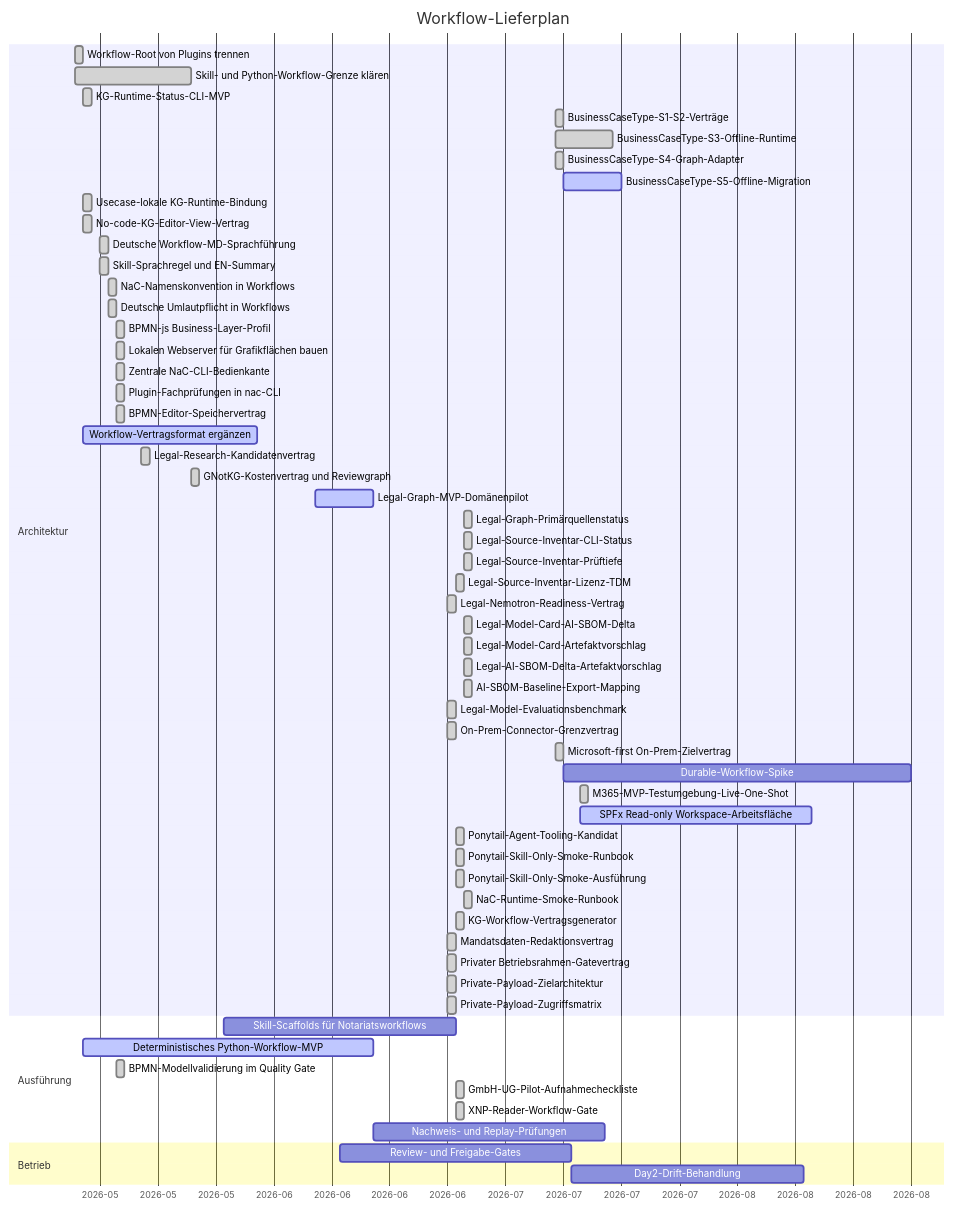
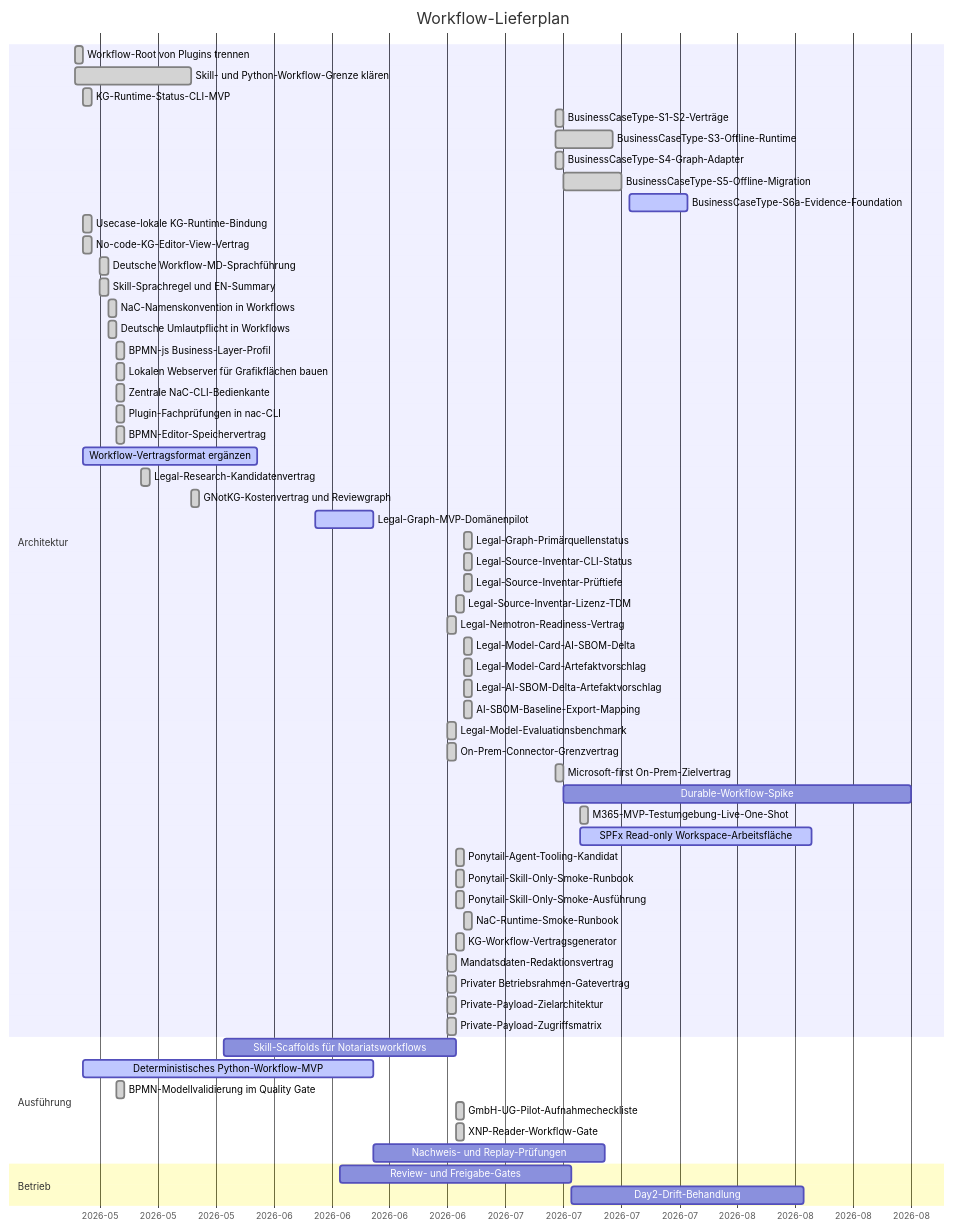
The diagram in workflows/GANTT.md (notariat8/NaC), drawn with Mermaid before and after one commit. The commit also changed 26 other files, not shown here.

Commit message:
feat(runtime): add immutable evidence foundation

````diff
--- a/workflows/GANTT.md
+++ b/workflows/GANTT.md
@@ -5,66 +5,67 @@
 ```mermaid
 gantt
     title Workflow-Lieferplan
     dateFormat  YYYY-MM-DD
     axisFormat  %Y-%m
 
     section Architektur
     Workflow-Root von Plugins trennen          :done,   w1, 2026-05-14, 1d
     Skill- und Python-Workflow-Grenze klären  :done,   w2, 2026-05-14, 14d
     KG-Runtime-Status-CLI-MVP                  :done,   w3, 2026-05-15, 1d
     BusinessCaseType-S1-S2-Verträge            :done,   w3b, 2026-07-11, 1d
     BusinessCaseType-S3-Offline-Runtime         :done,   w3c, 2026-07-11, 7d
     BusinessCaseType-S4-Graph-Adapter           :done,   w3d, 2026-07-11, 1d
-    BusinessCaseType-S5-Offline-Migration      :active, w3e, 2026-07-12, 7d
+    BusinessCaseType-S5-Offline-Migration      :done,   w3e, 2026-07-12, 7d
+    BusinessCaseType-S6a-Evidence-Foundation    :active, w3f, 2026-07-20, 7d
     Usecase-lokale KG-Runtime-Bindung          :done,   w3a, 2026-05-15, 1d
     No-code-KG-Editor-View-Vertrag             :done,   w4a, 2026-05-15, 1d
     Deutsche Workflow-MD-Sprachführung        :done,   w4b, 2026-05-17, 1d
     Skill-Sprachregel und EN-Summary            :done,   w4c, 2026-05-17, 1d
     NaC-Namenskonvention in Workflows           :done,   w4d, 2026-05-18, 1d
     Deutsche Umlautpflicht in Workflows         :done,   w4e, 2026-05-18, 1d
     BPMN-js Business-Layer-Profil               :done,   w4f, 2026-05-19, 1d
     Lokalen Webserver für Grafikflächen bauen  :done,   w4g, 2026-05-19, 1d
     Zentrale NaC-CLI-Bedienkante                :done,   w4h, 2026-05-19, 1d
     Plugin-Fachprüfungen in nac-CLI             :done,   w4i, 2026-05-19, 1d
     BPMN-Editor-Speichervertrag                 :done,   w4j, 2026-05-19, 1d
     Workflow-Vertragsformat ergänzen          :active, w4, 2026-05-15, 21d
     Legal-Research-Kandidatenvertrag           :done,   w4k, 2026-05-22, 1d
     GNotKG-Kostenvertrag und Reviewgraph        :done,   w4l, 2026-05-28, 1d
     Legal-Graph-MVP-Domänenpilot              :active, w4m, 2026-06-12, 7d
     Legal-Graph-Primärquellenstatus            :done,   w4z, 2026-06-30, 1d
     Legal-Source-Inventar-CLI-Status           :done,   w4aa, 2026-06-30, 1d
     Legal-Source-Inventar-Prüftiefe            :done,   w4af, 2026-06-30, 1d
     Legal-Source-Inventar-Lizenz-TDM           :done,   w4u, 2026-06-29, 1d
     Legal-Nemotron-Readiness-Vertrag            :done,   w4s, 2026-06-28, 1d
     Legal-Model-Card-AI-SBOM-Delta             :done,   w4ab, 2026-06-30, 1d
     Legal-Model-Card-Artefaktvorschlag         :done,   w4ac, 2026-06-30, 1d
     Legal-AI-SBOM-Delta-Artefaktvorschlag      :done,   w4ad, 2026-06-30, 1d
     AI-SBOM-Baseline-Export-Mapping            :done,   w4ae, 2026-06-30, 1d
     Legal-Model-Evaluationsbenchmark           :done,   w4t, 2026-06-28, 1d
     On-Prem-Connector-Grenzvertrag            :done,   w4n, 2026-06-28, 1d
     Microsoft-first On-Prem-Zielvertrag          :done,   w4ah, 2026-07-11, 1d
     Durable-Workflow-Spike                       :        w4ai, after w4ah, 42d
     M365-MVP-Testumgebung-Live-One-Shot          :done,   w4aj, 2026-07-14, 1d
     SPFx Read-only Workspace-Arbeitsfläche       :active, w4ak, 2026-07-14, 28d
     Ponytail-Agent-Tooling-Kandidat            :done,   w4v, 2026-06-29, 1d
     Ponytail-Skill-Only-Smoke-Runbook          :done,   w4w, 2026-06-29, 1d
     Ponytail-Skill-Only-Smoke-Ausführung       :done,   w4x, 2026-06-29, 1d
     NaC-Runtime-Smoke-Runbook                  :done,   w4ag, 2026-06-30, 1d
     KG-Workflow-Vertragsgenerator              :done,   w4y, 2026-06-29, 1d
     Mandatsdaten-Redaktionsvertrag             :done,   w4o, 2026-06-28, 1d
     Privater Betriebsrahmen-Gatevertrag        :done,   w4p, 2026-06-28, 1d
     Private-Payload-Zielarchitektur            :done,   w4q, 2026-06-28, 1d
     Private-Payload-Zugriffsmatrix             :done,   w4r, 2026-06-28, 1d
 
     section Ausführung
     Skill-Scaffolds für Notariatsworkflows    :        w5, 2026-06-01, 28d
     Deterministisches Python-Workflow-MVP      :active, w6, 2026-05-15, 35d
     BPMN-Modellvalidierung im Quality Gate      :done,   w6a, 2026-05-19, 1d
     GmbH-UG-Pilot-Aufnahmecheckliste           :done,   w6b, 2026-06-29, 1d
     XNP-Reader-Workflow-Gate                   :done,   w6c, 2026-06-29, 1d
     Nachweis- und Replay-Prüfungen            :        w7, after w6, 28d
 
     section Betrieb
     Review- und Freigabe-Gates                 :        w8, 2026-06-15, 28d
     Day2-Drift-Behandlung                      :        w9, after w8, 28d
 ```
````
